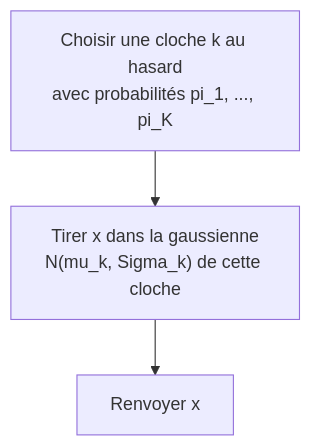
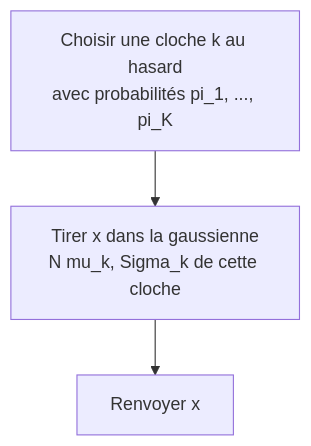
The first of 5 diagrams in chapitres/11-melanges-gaussiens.md (tanguychenier/Mathematiques-pour-le-Machine-Learning), drawn with Mermaid before and after one commit. The commit also changed other lines of this file and 6 other files, not shown here.

Commit message:
fix: repair Mermaid diagrams (drop function-call parens and asterisks from labels)

````diff
--- a/chapitres/11-melanges-gaussiens.md
+++ b/chapitres/11-melanges-gaussiens.md
@@ -143,5 +143,5 @@
 ```mermaid
 flowchart TD
-    A["Choisir une cloche k au hasard<br/>avec probabilités pi_1, ..., pi_K"] --> B["Tirer x dans la gaussienne<br/>N(mu_k, Sigma_k) de cette cloche"]
+    A["Choisir une cloche k au hasard<br/>avec probabilités pi_1, ..., pi_K"] --> B["Tirer x dans la gaussienne<br/>N mu_k, Sigma_k de cette cloche"]
     B --> C["Renvoyer x"]
 ```
````
